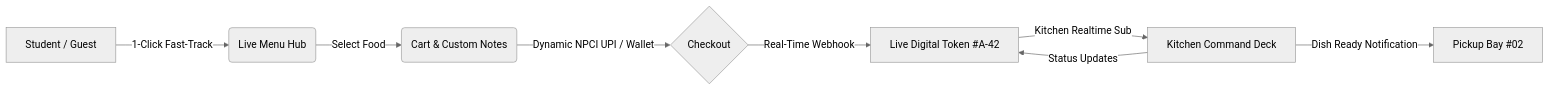
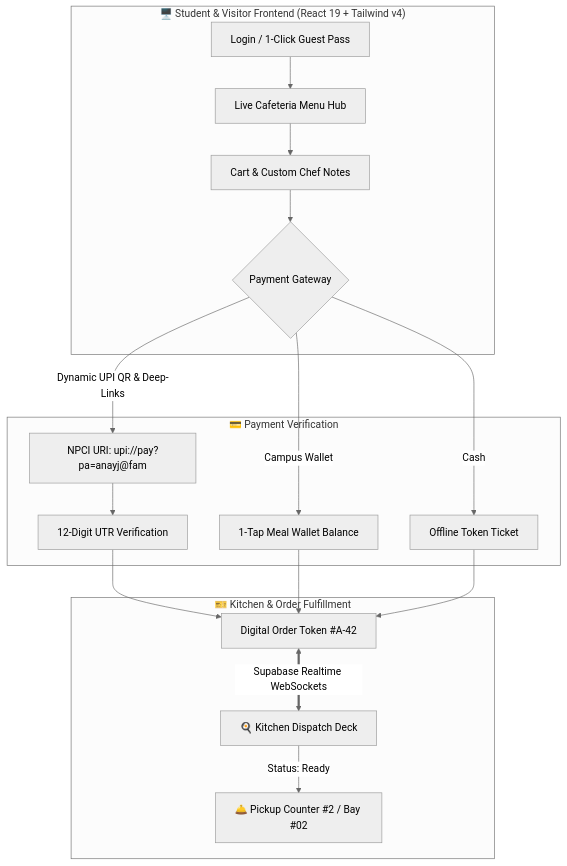
One commit to An4y-Jangir/DBIT-Canteen changed the diagram in README.md. Above: the diagram before and after it, drawn with Mermaid (neutral theme). The commit also changed other lines of this file, not shown here.

````diff
--- a/README.md
+++ b/README.md
@@ -18,10 +47,23 @@
 ```mermaid
-flowchart LR
-    A[Student / Guest] -->|1-Click Fast-Track| B(Live Menu Hub)
-    B -->|Select Food| C(Cart & Custom Notes)
-    C -->|Dynamic NPCI UPI / Wallet| D{Checkout}
-    D -->|Real-Time Webhook| E[Live Digital Token #A-42]
-    E -->|Kitchen Realtime Sub| F[Kitchen Command Deck]
-    F -->|Status Updates| E
-    F -->|Dish Ready Notification| G[Pickup Bay #02]
+flowchart TD
+    subgraph Client ["🖥️ Student & Visitor Frontend (React 19 + Tailwind v4)"]
+        A[Login / 1-Click Guest Pass] --> B[Live Cafeteria Menu Hub]
+        B --> C[Cart & Custom Chef Notes]
+        C --> D{Payment Gateway}
+    end
+
+    subgraph Payments ["💳 Payment Verification"]
+        D -->|Dynamic UPI QR & Deep-Links| P1[NPCI URI: upi://pay?pa=anayj@fam]
+        D -->|Campus Wallet| P2[1-Tap Meal Wallet Balance]
+        D -->|Cash| P3[Offline Token Ticket]
+        P1 --> V[12-Digit UTR Verification]
+    end
+
+    subgraph Dispatch ["🎫 Kitchen & Order Fulfillment"]
+        V --> T[Digital Order Token #A-42]
+        P2 --> T
+        P3 --> T
+        T <==>|Supabase Realtime WebSockets| K[🍳 Kitchen Dispatch Deck]
+        K -->|Status: Ready| B2[🛎️ Pickup Counter #2 / Bay #02]
+    end
 ```
````
